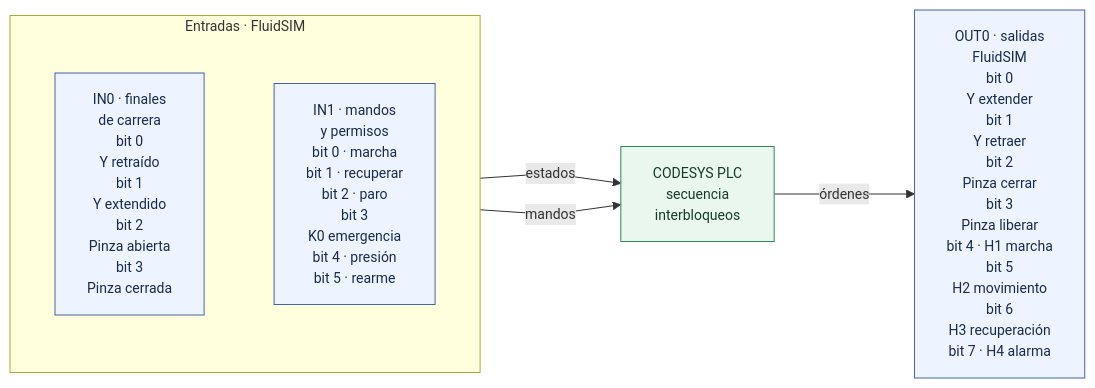
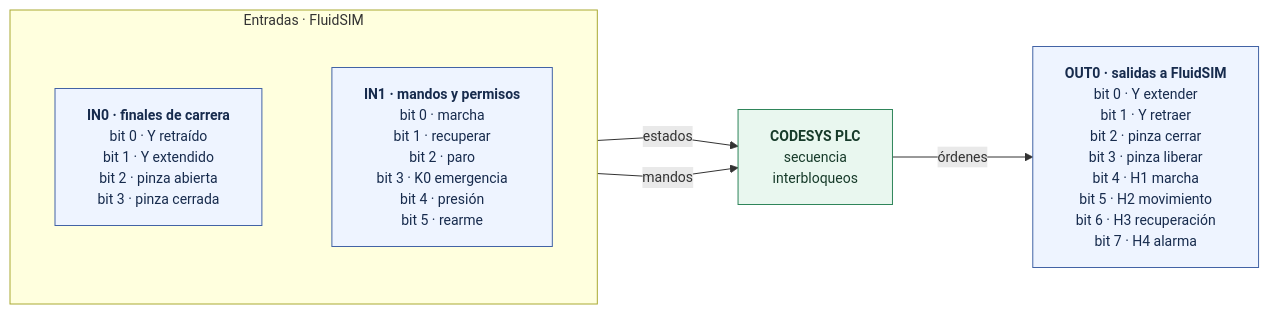
Before and after one commit to GinnethRubio/Mini-ASRS: the diagram in docs/mapa_io_y_errores.md, drawn with Mermaid. The commit also changed other lines of this file and 7 other files, not shown here.

````diff
--- a/docs/mapa_io_y_errores.md
+++ b/docs/mapa_io_y_errores.md
@@ -9,18 +9,18 @@
 ```mermaid
 %%{init: {"flowchart": {"htmlLabels": true, "nodeSpacing": 70, "rankSpacing": 90, "curve": "linear", "padding": 16}, "themeVariables": {"fontSize": "14px"}}}%%
 flowchart LR
     subgraph IN["Entradas · FluidSIM"]
         direction TB
-        IN0["IN0 · finales<br/>de carrera<br/>bit 0<br/>Y retraído<br/>bit 1<br/>Y extendido<br/>bit 2<br/>Pinza abierta<br/>bit 3<br/>Pinza cerrada"]
-        IN1["IN1 · mandos<br/>y permisos<br/>bit 0 · marcha<br/>bit 1 · recuperar<br/>bit 2 · paro<br/>bit 3<br/>K0 emergencia<br/>bit 4 · presión<br/>bit 5 · rearme"]
+        IN0["<b>IN0 · finales de carrera</b><br/>bit 0 · Y retraído<br/>bit 1 · Y extendido<br/>bit 2 · pinza abierta<br/>bit 3 · pinza cerrada"]
+        IN1["<b>IN1 · mandos y permisos</b><br/>bit 0 · marcha<br/>bit 1 · recuperar<br/>bit 2 · paro<br/>bit 3 · K0 emergencia<br/>bit 4 · presión<br/>bit 5 · rearme"]
     end
-    PLC["CODESYS PLC<br/>secuencia<br/>interbloqueos"]
-    OUT["OUT0 · salidas<br/>FluidSIM<br/>bit 0<br/>Y extender<br/>bit 1<br/>Y retraer<br/>bit 2<br/>Pinza cerrar<br/>bit 3<br/>Pinza liberar<br/>bit 4 · H1 marcha<br/>bit 5<br/>H2 movimiento<br/>bit 6<br/>H3 recuperación<br/>bit 7 · H4 alarma"]
+    PLC["<b>CODESYS PLC</b><br/>secuencia<br/>interbloqueos"]
+    OUT["<b>OUT0 · salidas a FluidSIM</b><br/>bit 0 · Y extender<br/>bit 1 · Y retraer<br/>bit 2 · pinza cerrar<br/>bit 3 · pinza liberar<br/>bit 4 · H1 marcha<br/>bit 5 · H2 movimiento<br/>bit 6 · H3 recuperación<br/>bit 7 · H4 alarma"]
     IN0 -->|"estados"| PLC
     IN1 -->|"mandos"| PLC
     PLC -->|"órdenes"| OUT
     classDef io fill:#eef4ff,stroke:#4263a5,color:#172b4d;
     classDef logic fill:#e9f7ef,stroke:#2f855a,color:#173b2a;
     class IN0,IN1,OUT io;
     class PLC logic;
 ```
````
